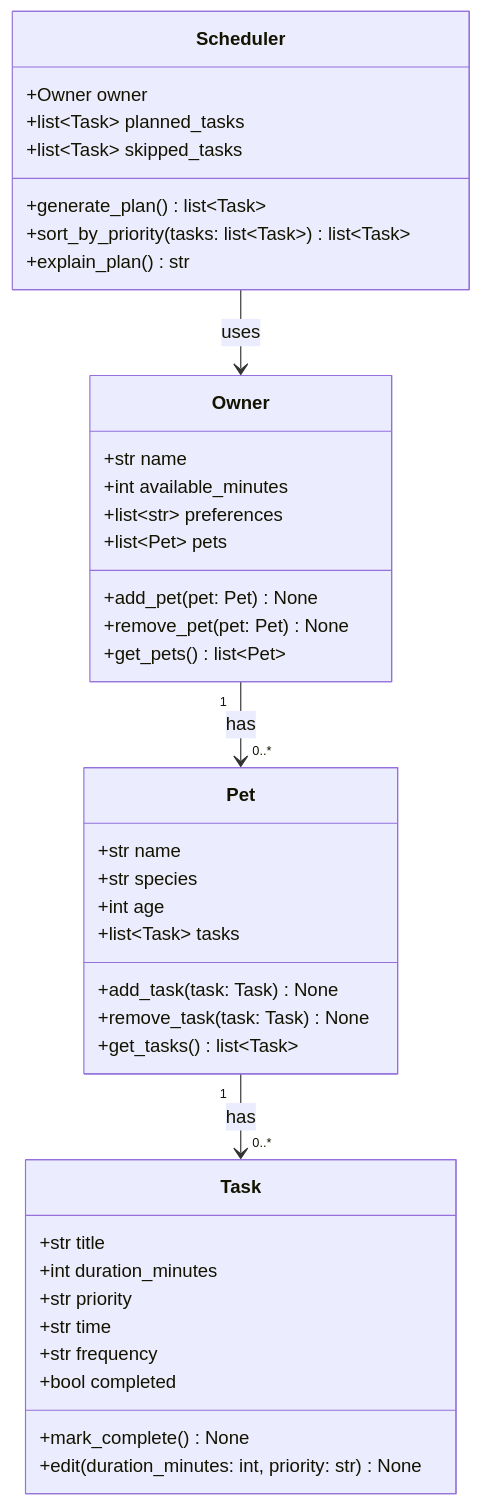
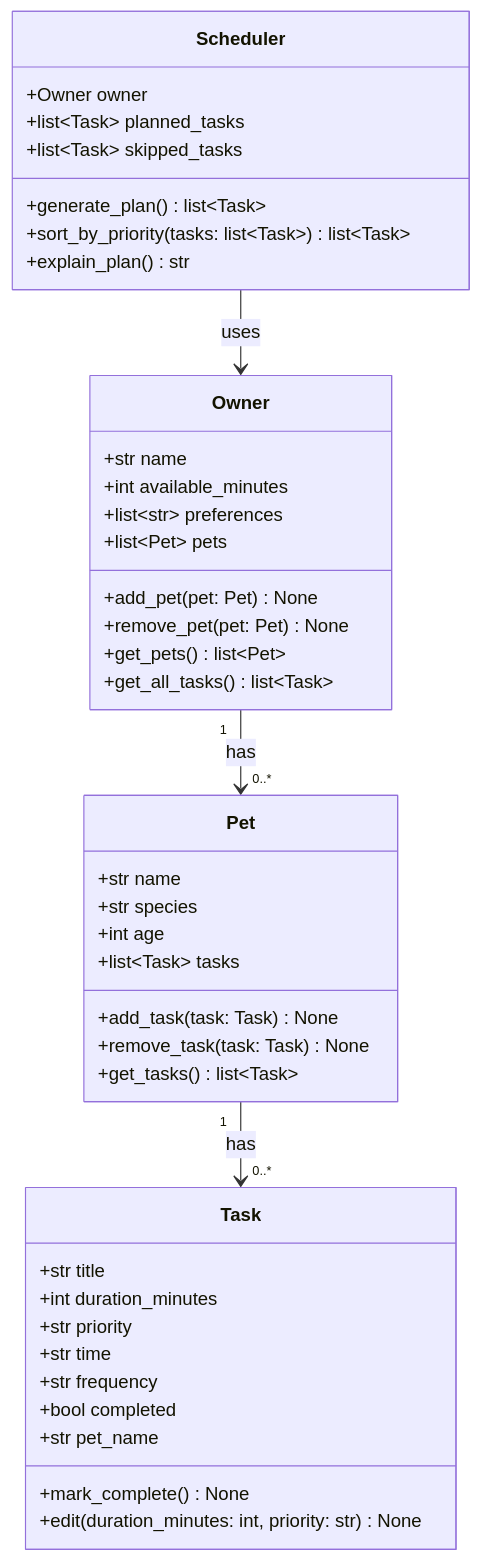
One commit to zawtheinhtike94-glitch/ai110-module2show-pawpal-starter changed the diagram in diagrams/uml.mmd. Above: the diagram before and after it, drawn with Mermaid. The commit also changed 3 other files, not shown here.

```diff
--- a/diagrams/uml.mmd
+++ b/diagrams/uml.mmd
@@ -1,47 +1,49 @@
 classDiagram
     %% PawPal+ initial design (Phase 1 draft).
     %% Keep this file updated so it matches your final implementation.
 
     class Owner {
         +str name
         +int available_minutes
         +list~str~ preferences
         +list~Pet~ pets
         +add_pet(pet: Pet) None
         +remove_pet(pet: Pet) None
         +get_pets() list~Pet~
+        +get_all_tasks() list~Task~
     }
 
     class Pet {
         +str name
         +str species
         +int age
         +list~Task~ tasks
         +add_task(task: Task) None
         +remove_task(task: Task) None
         +get_tasks() list~Task~
     }
 
     class Task {
         +str title
         +int duration_minutes
         +str priority
         +str time
         +str frequency
         +bool completed
+        +str pet_name
         +mark_complete() None
         +edit(duration_minutes: int, priority: str) None
     }
 
     class Scheduler {
         +Owner owner
         +list~Task~ planned_tasks
         +list~Task~ skipped_tasks
         +generate_plan() list~Task~
         +sort_by_priority(tasks: list~Task~) list~Task~
         +explain_plan() str
     }
 
     Owner "1" --> "0..*" Pet : has
     Pet "1" --> "0..*" Task : has
     Scheduler --> Owner : uses
```
